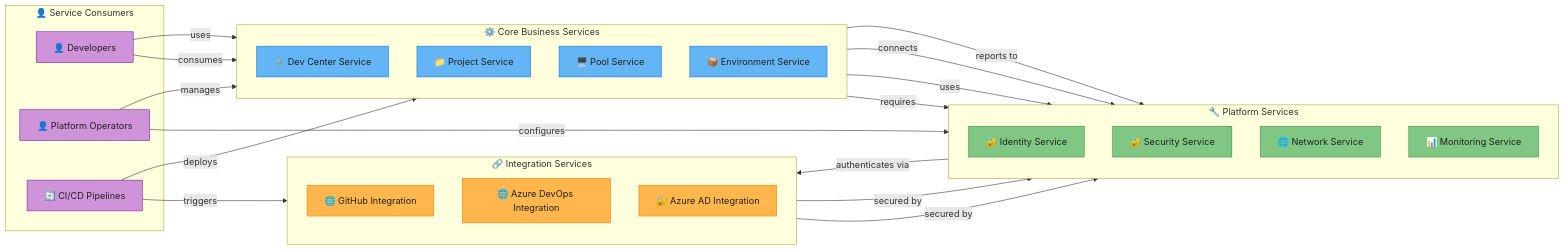
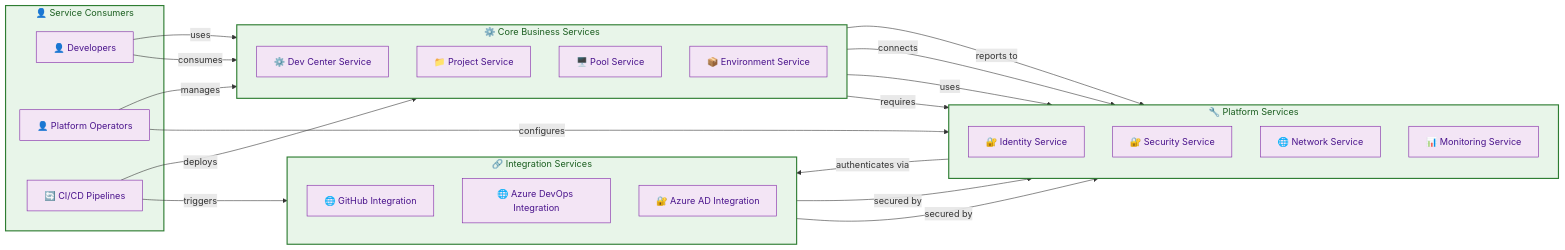
Before and after one commit to Evilazaro/DevExp-DevBox: the fourth of 5 diagrams in docs/architecture/Business.md, drawn with Mermaid. The commit also changed other lines of this file, not shown here.

Commit message:
docs: refine Business Architecture diagrams with improved clarity, consistent naming, and enhanced styling

````diff
--- a/docs/architecture/Business.md
+++ b/docs/architecture/Business.md
@@ -359,59 +338,56 @@
 ```mermaid
 flowchart LR
-    direction LR
-
-    subgraph consumers["👤 Service Consumers"]
-        developers["👤 Developers"]
-        platformOps["👤 Platform Operators"]
-        cicdPipelines["🔄 CI/CD Pipelines"]
+    subgraph Consumers["👤 Service Consumers"]
+        DEV["👤 Developers"]
+        OPS["👤 Platform Operators"]
+        CICD["🔄 CI/CD Pipelines"]
     end
 
-    subgraph coreServices["⚙️ Core Business Services"]
+    subgraph CoreServices["⚙️ Core Business Services"]
         direction TB
-        devCenterSvc["⚙️ Dev Center Service"]
-        projectSvc["📁 Project Service"]
-        poolSvc["🖥️ Pool Service"]
-        envSvc["📦 Environment Service"]
+        DCS["⚙️ Dev Center Service"]
+        PJS["📁 Project Service"]
+        PLS["🖥️ Pool Service"]
+        ENS["📦 Environment Service"]
     end
 
-    subgraph platformServices["🔧 Platform Services"]
+    subgraph PlatformServices["🔧 Platform Services"]
         direction TB
-        identitySvc["🔐 Identity Service"]
-        securitySvc["🔐 Security Service"]
-        networkSvc["🌐 Network Service"]
-        monitoringSvc["📊 Monitoring Service"]
+        IDS["🔐 Identity Service"]
+        SCS["🔐 Security Service"]
+        NTS["🌐 Network Service"]
+        MNS["📊 Monitoring Service"]
     end
 
-    subgraph integrationServices["🔗 Integration Services"]
+    subgraph IntegrationServices["🔗 Integration Services"]
         direction TB
-        githubIntegration["🌐 GitHub Integration"]
-        adoIntegration["🌐 Azure DevOps Integration"]
-        entraIdIntegration["🔐 Azure AD Integration"]
+        GHI["🌐 GitHub Integration"]
+        ADI["🌐 Azure DevOps Integration"]
+        AAI["🔐 Azure AD Integration"]
     end
 
-    developers -->|"consumes"| devCenterSvc
-    developers -->|"uses"| poolSvc
-    platformOps -->|"manages"| projectSvc
-    platformOps -->|"configures"| securitySvc
-    cicdPipelines -->|"deploys"| envSvc
-    cicdPipelines -->|"triggers"| githubIntegration
+    DEV -->|"consumes"| DCS
+    DEV -->|"uses"| PLS
+    OPS -->|"manages"| PJS
+    OPS -->|"configures"| SCS
+    CICD -->|"deploys"| ENS
+    CICD -->|"triggers"| GHI
 
-    devCenterSvc -->|"requires"| identitySvc
-    devCenterSvc -->|"uses"| securitySvc
-    projectSvc -->|"connects"| networkSvc
-    poolSvc -->|"reports to"| monitoringSvc
+    DCS -->|"requires"| IDS
+    DCS -->|"uses"| SCS
+    PJS -->|"connects"| NTS
+    PLS -->|"reports to"| MNS
 
-    identitySvc -->|"authenticates via"| entraIdIntegration
-    githubIntegration -->|"secured by"| securitySvc
-    adoIntegration -->|"secured by"| securitySvc
+    IDS -->|"authenticates via"| AAI
+    GHI -->|"secured by"| SCS
+    ADI -->|"secured by"| SCS
 
-    classDef consumer fill:#CE93D8,stroke:#7B1FA2,color:#212121
-    classDef coreSvc fill:#64B5F6,stroke:#1976D2,color:#212121
-    classDef platformSvc fill:#81C784,stroke:#388E3C,color:#212121
-    classDef integrationSvc fill:#FFB74D,stroke:#F57C00,color:#212121
+    %% Style Definitions
+    classDef L0 fill:#E3F2FD,stroke:#1565C0,stroke-width:2px,color:#0D47A1
+    classDef L1 fill:#E8F5E9,stroke:#2E7D32,stroke-width:2px,color:#1B5E20
+    classDef L2 fill:#FFF3E0,stroke:#EF6C00,stroke-width:1px,color:#E65100
+    classDef L3 fill:#F3E5F5,stroke:#7B1FA2,stroke-width:1px,color:#4A148C
 
-    class developers,platformOps,cicdPipelines consumer
-    class devCenterSvc,projectSvc,poolSvc,envSvc coreSvc
-    class identitySvc,securitySvc,networkSvc,monitoringSvc platformSvc
-    class githubIntegration,adoIntegration,entraIdIntegration integrationSvc
+    class Consumers,CoreServices,PlatformServices,IntegrationServices L1
+    class DEV,OPS,CICD,DCS,PJS,PLS,ENS,IDS,SCS,NTS,MNS,GHI,ADI,AAI L3
 ```
````
